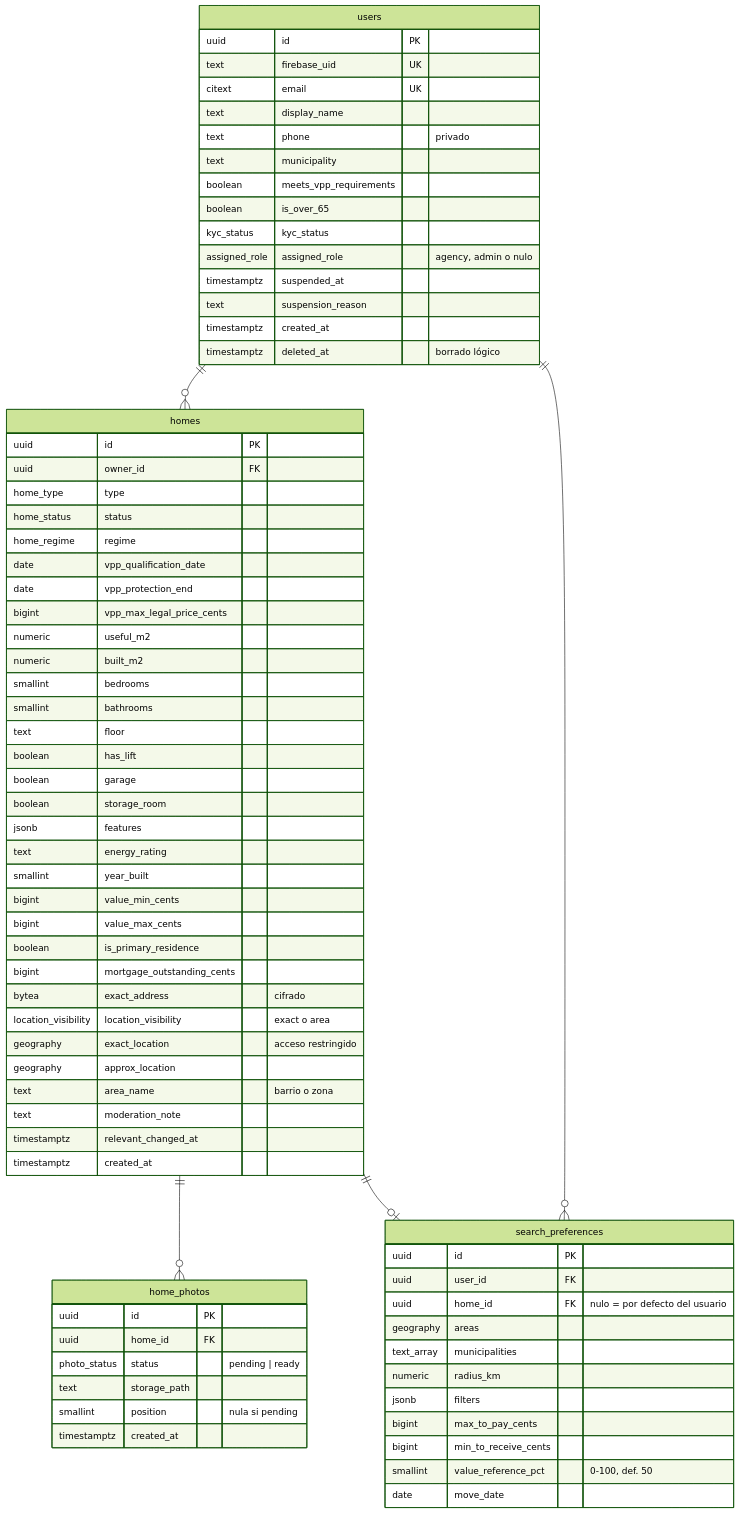
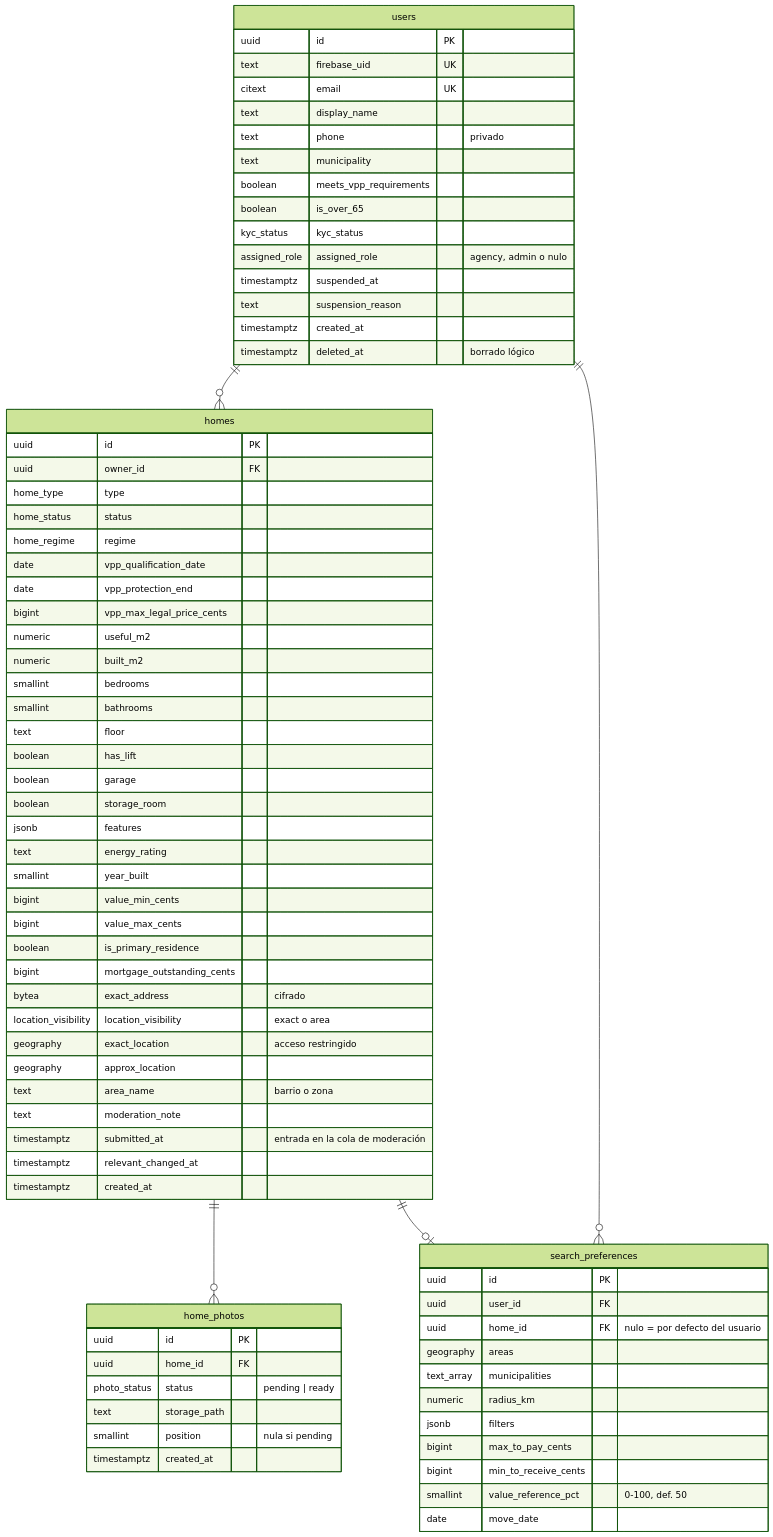
One commit to lcasadov/ChangeHouse changed the second of 4 diagrams in docs/datamodel.md. Above: the diagram before and after it, drawn with Mermaid (forest theme). The commit also changed other lines of this file and 48 other files, not shown here.

Commit message:
Implementar la API de moderación con cola de revisión, decisión auditada en la misma transacción y script admin:grant #126

````diff
--- a/docs/datamodel.md
+++ b/docs/datamodel.md
@@ -44,77 +44,78 @@
 ```mermaid
 erDiagram
     users {
         uuid id PK
         text firebase_uid UK
         citext email UK
         text display_name
         text phone "privado"
         text municipality
         boolean meets_vpp_requirements
         boolean is_over_65
         kyc_status kyc_status
         assigned_role assigned_role "agency, admin o nulo"
         timestamptz suspended_at
         text suspension_reason
         timestamptz created_at
         timestamptz deleted_at "borrado lógico"
     }
     homes {
         uuid id PK
         uuid owner_id FK
         home_type type
         home_status status
         home_regime regime
         date vpp_qualification_date
         date vpp_protection_end
         bigint vpp_max_legal_price_cents
         numeric useful_m2
         numeric built_m2
         smallint bedrooms
         smallint bathrooms
         text floor
         boolean has_lift
         boolean garage
         boolean storage_room
         jsonb features
         text energy_rating
         smallint year_built
         bigint value_min_cents
         bigint value_max_cents
         boolean is_primary_residence
         bigint mortgage_outstanding_cents
         bytea exact_address "cifrado"
         location_visibility location_visibility "exact o area"
         geography exact_location "acceso restringido"
         geography approx_location
         text area_name "barrio o zona"
         text moderation_note
+        timestamptz submitted_at "entrada en la cola de moderación"
         timestamptz relevant_changed_at
         timestamptz created_at
     }
     home_photos {
         uuid id PK
         uuid home_id FK
         photo_status status "pending | ready"
         text storage_path
         smallint position "nula si pending"
         timestamptz created_at
     }
     search_preferences {
         uuid id PK
         uuid user_id FK
         uuid home_id FK "nulo = por defecto del usuario"
         geography areas
         text_array municipalities
         numeric radius_km
         jsonb filters
         bigint max_to_pay_cents
         bigint min_to_receive_cents
         smallint value_reference_pct "0-100, def. 50"
         date move_date
     }
     users ||--o{ homes : ""
     homes ||--o{ home_photos : ""
     users ||--o{ search_preferences : ""
     homes ||--o| search_preferences : ""
 ```
````
